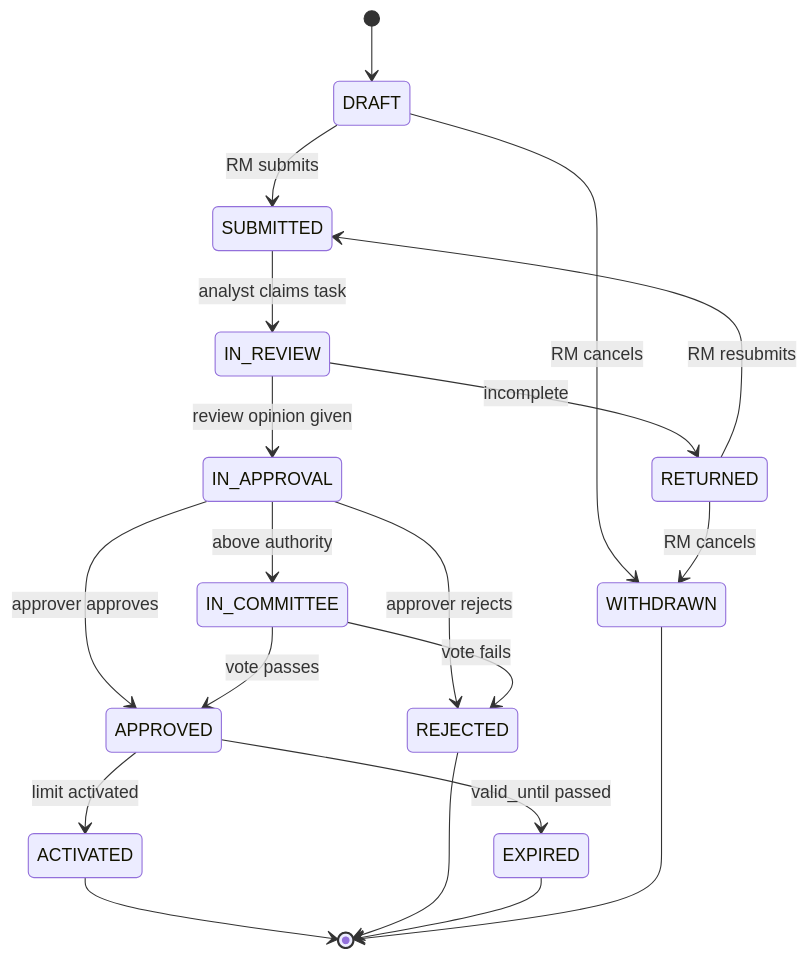
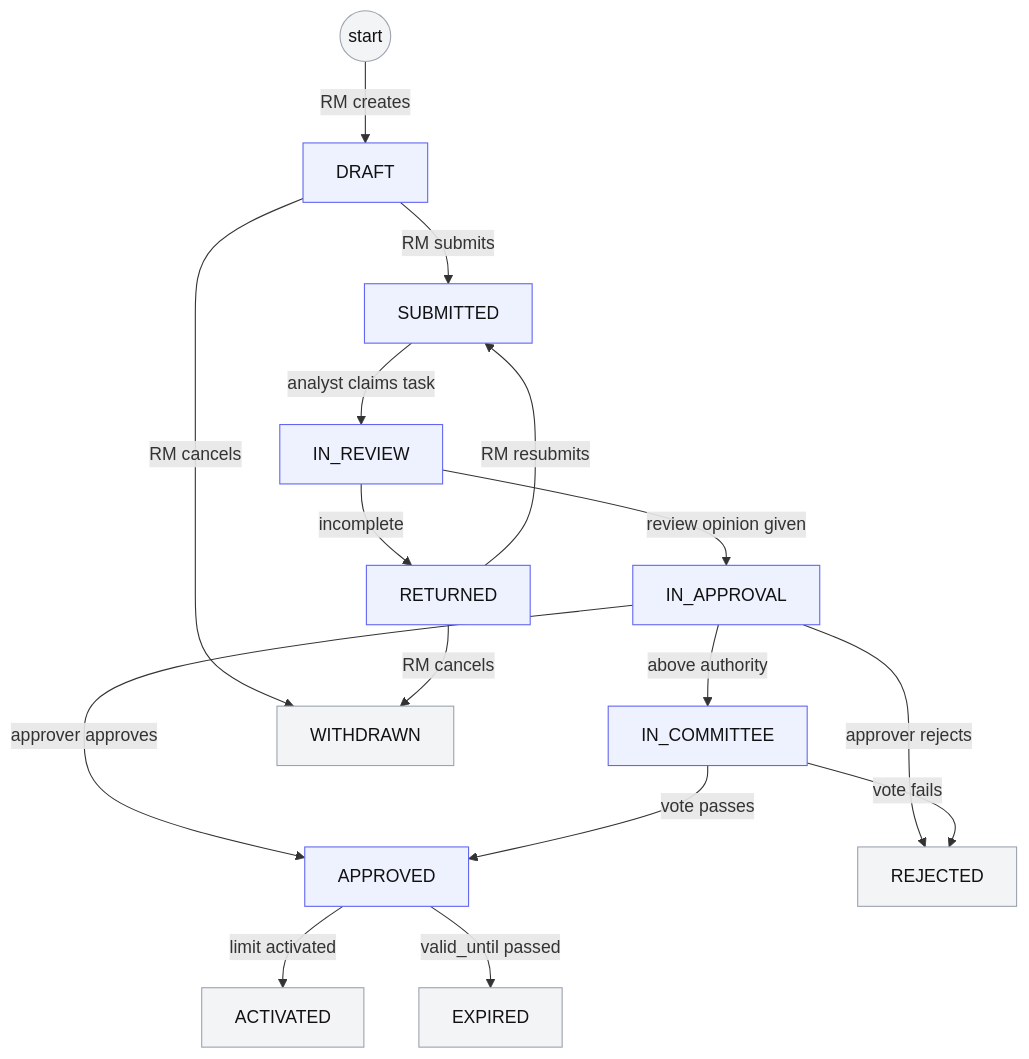
Before and after one commit to yugshinz-star/credit-management-system: diagram 18 of 21 in docs/business-architecture-processes-data-model.md, drawn with Mermaid. The commit also changed other lines of this file, not shown here.

First line of the commit message:
Redraw ER and state diagrams as flowcharts for GitHub rendering

````diff
--- a/docs/business-architecture-processes-data-model.md
+++ b/docs/business-architecture-processes-data-model.md
@@ -1363,22 +1253,32 @@
 ```mermaid
-stateDiagram-v2
-    [*] --> DRAFT
-    DRAFT --> SUBMITTED: RM submits
-    DRAFT --> WITHDRAWN: RM cancels
-    SUBMITTED --> IN_REVIEW: analyst claims task
-    IN_REVIEW --> RETURNED: incomplete
-    RETURNED --> SUBMITTED: RM resubmits
-    RETURNED --> WITHDRAWN: RM cancels
-    IN_REVIEW --> IN_APPROVAL: review opinion given
-    IN_APPROVAL --> IN_COMMITTEE: above authority
-    IN_APPROVAL --> APPROVED: approver approves
-    IN_APPROVAL --> REJECTED: approver rejects
-    IN_COMMITTEE --> APPROVED: vote passes
-    IN_COMMITTEE --> REJECTED: vote fails
-    APPROVED --> ACTIVATED: limit activated
-    APPROVED --> EXPIRED: valid_until passed
-    ACTIVATED --> [*]
-    REJECTED --> [*]
-    EXPIRED --> [*]
-    WITHDRAWN --> [*]
+flowchart TB
+    classDef st fill:#eef2ff,stroke:#6366f1,color:#111
+    classDef term fill:#f3f4f6,stroke:#9ca3af,color:#111
+    START((start)):::term
+    DRAFT["DRAFT"]:::st
+    SUBMITTED["SUBMITTED"]:::st
+    IN_REVIEW["IN_REVIEW"]:::st
+    RETURNED["RETURNED"]:::st
+    IN_APPROVAL["IN_APPROVAL"]:::st
+    IN_COMMITTEE["IN_COMMITTEE"]:::st
+    APPROVED["APPROVED"]:::st
+    ACTIVATED["ACTIVATED"]:::term
+    REJECTED["REJECTED"]:::term
+    EXPIRED["EXPIRED"]:::term
+    WITHDRAWN["WITHDRAWN"]:::term
+    START -->|"RM creates"| DRAFT
+    DRAFT -->|"RM submits"| SUBMITTED
+    DRAFT -->|"RM cancels"| WITHDRAWN
+    SUBMITTED -->|"analyst claims task"| IN_REVIEW
+    IN_REVIEW -->|"incomplete"| RETURNED
+    RETURNED -->|"RM resubmits"| SUBMITTED
+    RETURNED -->|"RM cancels"| WITHDRAWN
+    IN_REVIEW -->|"review opinion given"| IN_APPROVAL
+    IN_APPROVAL -->|"above authority"| IN_COMMITTEE
+    IN_APPROVAL -->|"approver approves"| APPROVED
+    IN_APPROVAL -->|"approver rejects"| REJECTED
+    IN_COMMITTEE -->|"vote passes"| APPROVED
+    IN_COMMITTEE -->|"vote fails"| REJECTED
+    APPROVED -->|"limit activated"| ACTIVATED
+    APPROVED -->|"valid_until passed"| EXPIRED
 ```
````
